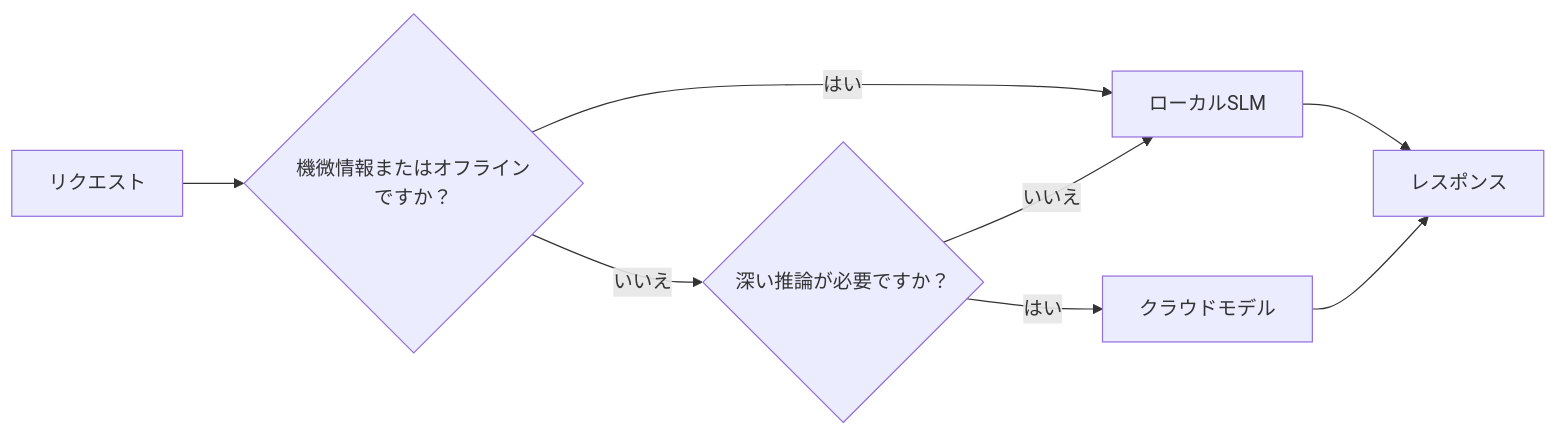
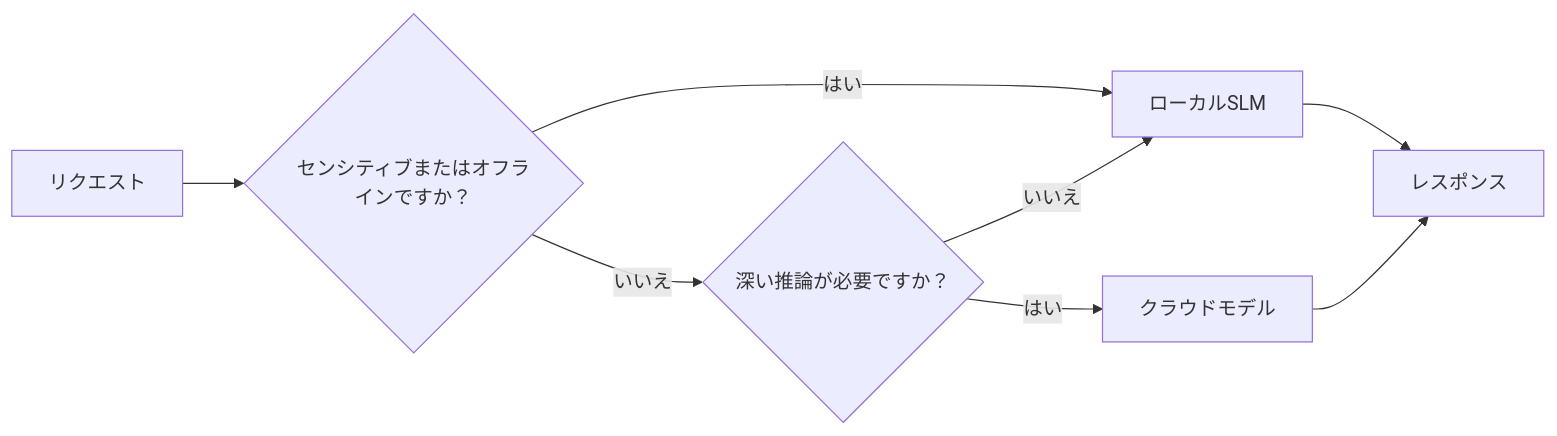
One commit to microsoft/ai-agents-for-beginners changed the fourth of 4 diagrams in translations/ja/17-creating-local-ai-agents/README.md. Above: the diagram before and after it, drawn with Mermaid. The commit also changed other lines of this file and 46 other files, not shown here.

````diff
--- a/translations/ja/17-creating-local-ai-agents/README.md
+++ b/translations/ja/17-creating-local-ai-agents/README.md
@@ -156,10 +156,10 @@
 ```mermaid
 flowchart LR
-    Q[リクエスト] --> S{機微情報またはオフラインですか？}
+    Q[リクエスト] --> S{センシティブまたはオフラインですか？}
     S -->|はい| L[ローカルSLM]
     S -->|いいえ| C{深い推論が必要ですか？}
     C -->|いいえ| L
     C -->|はい| Cloud[クラウドモデル]
     L --> Out[レスポンス]
     Cloud --> Out
 ```
````
